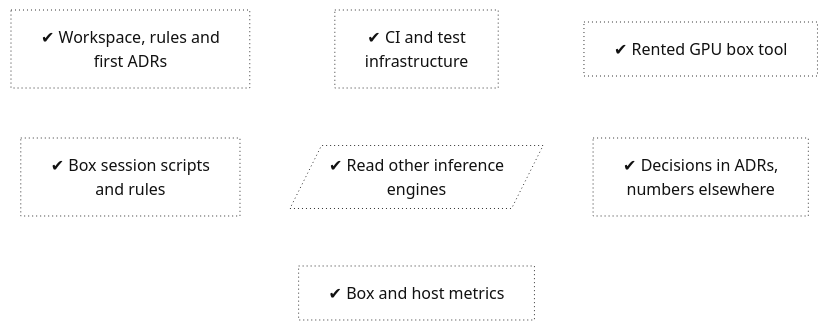
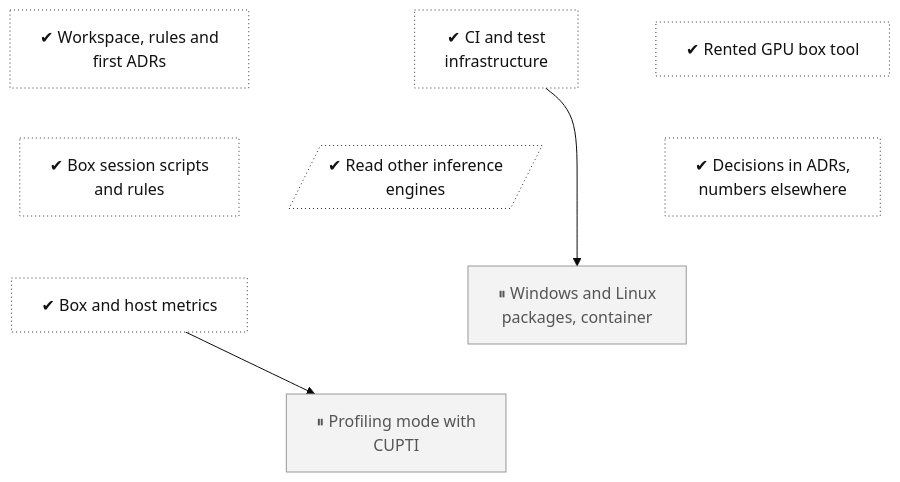
The diagram in docs/roadmap/tracks/ops.md (lhns/tetraeder), drawn with Mermaid (base theme) before and after one commit. The commit also changed other lines of this file and 12 other files, not shown here.

Commit message:
Roadmap: forward nodes for every unbuilt planned item (phases 6 to 9, parked Phase 2 to 5 items, Track B, D1), cluster track, box-later and cluster lanes

````diff
--- a/docs/roadmap/tracks/ops.md
+++ b/docs/roadmap/tracks/ops.md
@@ -10,31 +10,38 @@
 ```mermaid
 flowchart TB
     ops_foundations["✔ Workspace, rules and<br/>first ADRs"]
     ops_ci["✔ CI and test<br/>infrastructure"]
     ops_taxameter["✔ Rented GPU box tool"]
     ops_box_driver["✔ Box session scripts<br/>and rules"]
     ops_external_reads[/"✔ Read other inference<br/>engines"/]
     ops_docs["✔ Decisions in ADRs,<br/>numbers elsewhere"]
     ops_telemetry["✔ Box and host metrics"]
+    ops_packages["⏸ Windows and Linux<br/>packages, container"]
+    ops_profiling_mode["⏸ Profiling mode with<br/>CUPTI"]
     ops_foundations ~~~ ops_box_driver
     ops_ci ~~~ ops_external_reads
     ops_taxameter ~~~ ops_docs
     ops_box_driver ~~~ ops_telemetry
-    ops_external_reads ~~~ ops_telemetry
-    ops_docs ~~~ ops_telemetry
+    ops_external_reads ~~~ ops_packages
+    ops_docs ~~~ ops_packages
+    ops_telemetry ~~~ ops_profiling_mode
+    ops_packages ~~~ ops_profiling_mode
+    ops_ci --> ops_packages
+    ops_telemetry --> ops_profiling_mode
     classDef vsucc fill:#2e9e4f,stroke:#1b6b34,color:#fff
     classDef succ fill:#bfe8c8,stroke:#2e9e4f,color:#111
     classDef mixed fill:#ffd37a,stroke:#c98a00,color:#111
     classDef bad fill:#f28b82,stroke:#b3261e,color:#111
     classDef dead fill:#e6e6e6,stroke:#777,stroke-dasharray:5 5,color:#555
     classDef inprog fill:#a8cdf5,stroke:#1f6fc5,color:#111
     classDef next fill:#fff,stroke:#333,color:#111
     classDef blocked fill:#fff,stroke:#b3261e,stroke-dasharray:2 2,color:#111
     classDef parked fill:#f3f3f3,stroke:#999,color:#555
     classDef unrated fill:#fff,stroke:#333,stroke-dasharray:1 3,color:#111
     classDef gate fill:#d9c2f0,stroke:#7b3fb5,color:#111
     classDef decided fill:#ece0f7,stroke:#7b3fb5,stroke-dasharray:2 2,color:#111
     classDef finding fill:#ffe0b2,stroke:#d84315,stroke-width:2px,color:#111
     classDef waiting fill:#e3f2fd,stroke:#1f6fc5,stroke-dasharray:5 5,color:#111
     class ops_foundations,ops_ci,ops_taxameter,ops_box_driver,ops_external_reads,ops_docs,ops_telemetry unrated
+    class ops_packages,ops_profiling_mode parked
 ```
````
